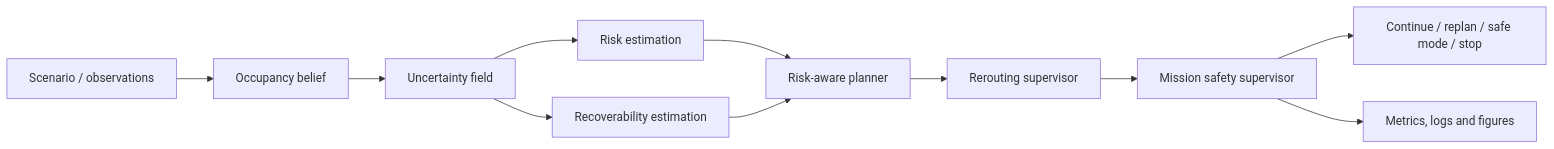
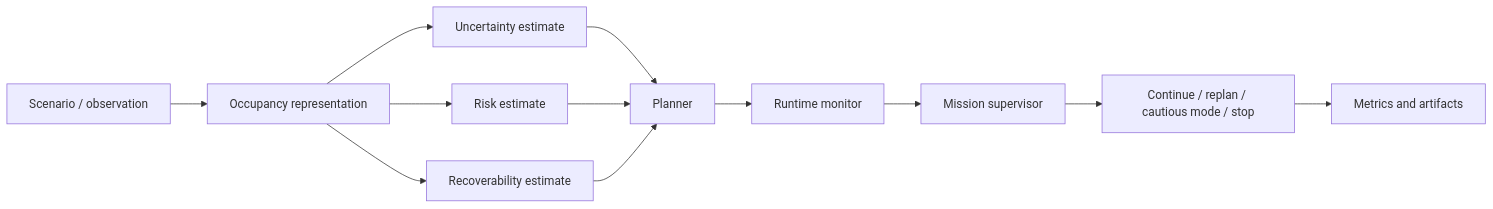
One commit to panagiotagrosdouli/DynNav changed the diagram in README.md. Above: the diagram before and after it, drawn with Mermaid. The commit also changed other lines of this file, not shown here.

````diff
--- a/README.md
+++ b/README.md
@@ -86,13 +60,14 @@
 ```mermaid
 flowchart LR
-    S[Scenario / observations] --> B[Occupancy belief]
-    B --> U[Uncertainty field]
-    U --> R[Risk estimation]
-    U --> G[Recoverability estimation]
-    R --> P[Risk-aware planner]
+    O[Scenario / observation] --> B[Occupancy representation]
+    B --> U[Uncertainty estimate]
+    B --> R[Risk estimate]
+    B --> G[Recoverability estimate]
+    U --> P[Planner]
+    R --> P
     G --> P
-    P --> T[Rerouting supervisor]
-    T --> M[Mission safety supervisor]
-    M --> C[Continue / replan / safe mode / stop]
-    M --> L[Metrics, logs and figures]
+    P --> M[Runtime monitor]
+    M --> S[Mission supervisor]
+    S --> A[Continue / replan / cautious mode / stop]
+    A --> E[Metrics and artifacts]
 ```
````
